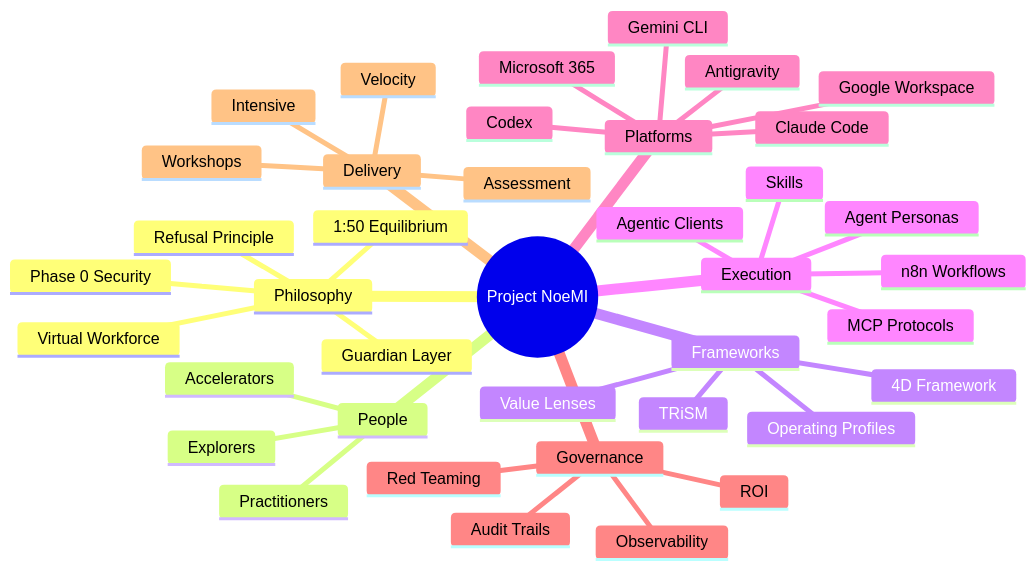
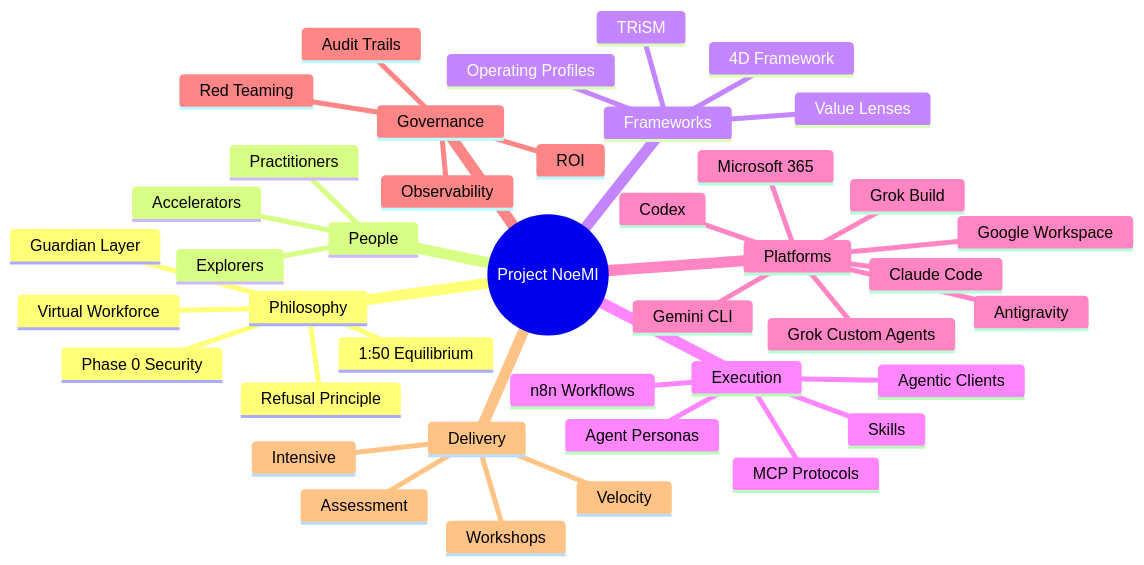
One commit to project-noemi/agents changed the diagram in docs/visuals/noemi-workshop-mind-map.md. Above: the diagram before and after it, drawn with Mermaid. The commit also changed 17 other files, not shown here.

First line of the commit message:
docs: name Grok Build wherever the local client list already lives

````diff
--- a/docs/visuals/noemi-workshop-mind-map.md
+++ b/docs/visuals/noemi-workshop-mind-map.md
@@ -7,42 +7,44 @@
 ```mermaid
 mindmap
   root((Project NoeMI))
     Philosophy
       Phase 0 Security
       Virtual Workforce
       1:50 Equilibrium
       Guardian Layer
       Refusal Principle
     People
       Explorers
       Practitioners
       Accelerators
     Frameworks
       4D Framework
       TRiSM
       Operating Profiles
       Value Lenses
     Execution
       Agent Personas
       Skills
       MCP Protocols
       Agentic Clients
       n8n Workflows
     Platforms
       Gemini CLI
       Antigravity
       Claude Code
       Codex
+      Grok Build
+      Grok Custom Agents
       Google Workspace
       Microsoft 365
     Governance
       Audit Trails
       Red Teaming
       Observability
       ROI
     Delivery
       Workshops
       Intensive
       Velocity
       Assessment
 ```
````
